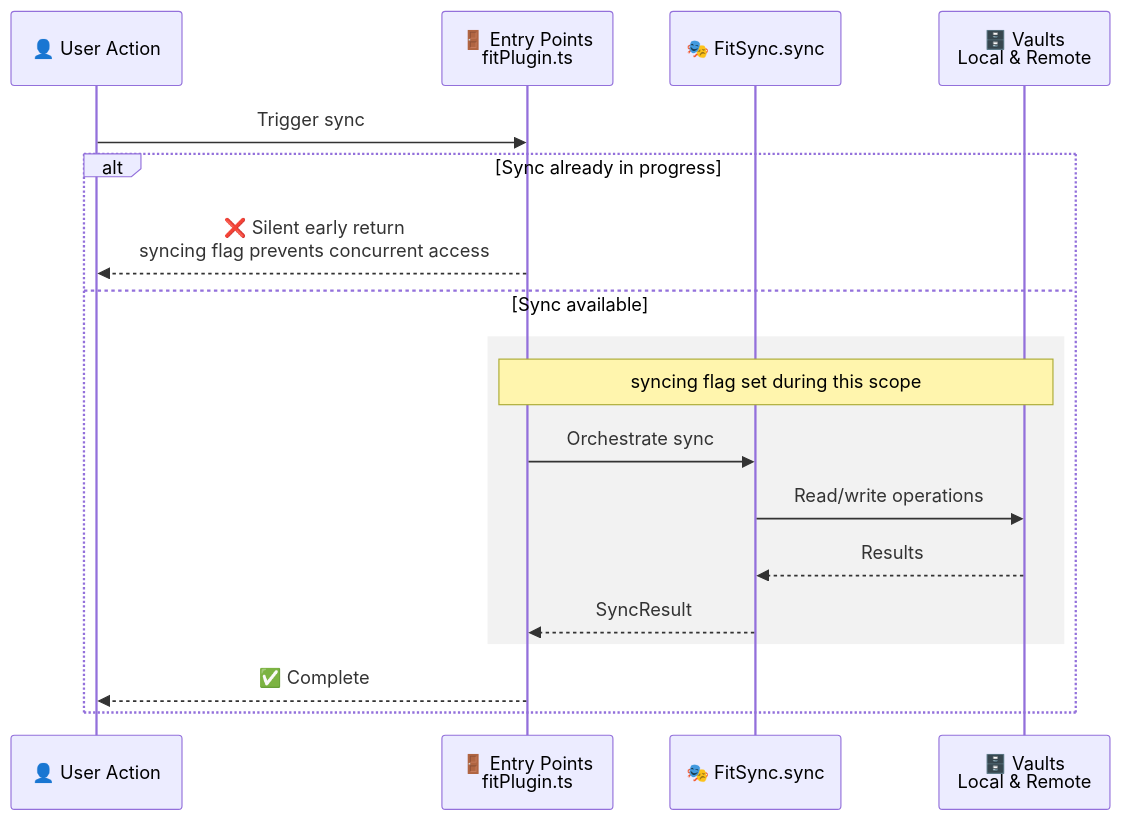
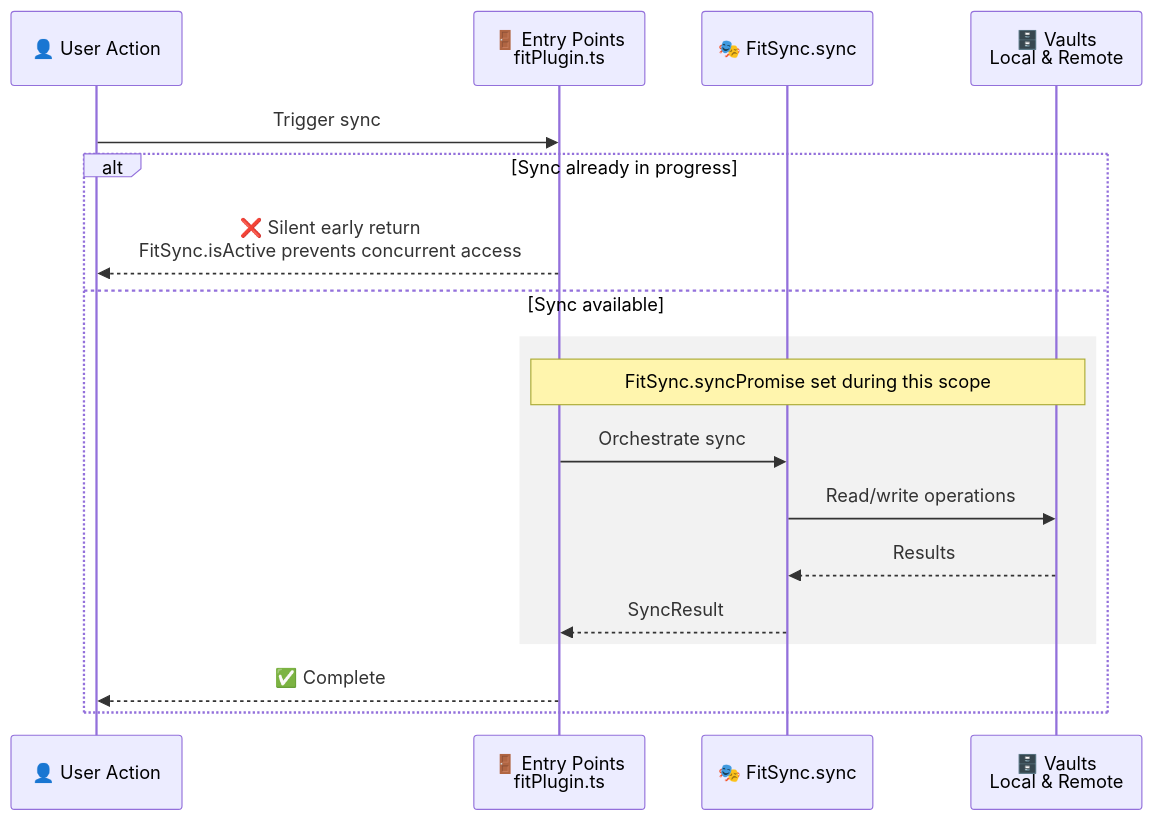
One commit to joshuakto/fit changed the seventh of 7 diagrams in docs/sync-logic.md. Above: the diagram before and after it, drawn with Mermaid. The commit also changed other lines of this file and 12 other files, not shown here.

````diff
--- a/docs/sync-logic.md
+++ b/docs/sync-logic.md
@@ -1476,22 +1128,22 @@
 ```mermaid
 sequenceDiagram
     participant User as 👤 User Action
     participant Entry as 🚪 Entry Points<br/>fitPlugin.ts
     participant Sync as 🎭 FitSync.sync
     participant Vaults as 🗄️ Vaults<br/>Local & Remote
 
     User->>Entry: Trigger sync
 
     alt Sync already in progress
-        Entry-->>User: ❌ Silent early return<br/>syncing flag prevents concurrent access
+        Entry-->>User: ❌ Silent early return<br/>FitSync.isActive prevents concurrent access
     else Sync available
         rect rgba(0, 0, 0, 0.05)
-            Note over Entry,Vaults: syncing flag set during this scope
+            Note over Entry,Vaults: FitSync.syncPromise set during this scope
             Entry->>Sync: Orchestrate sync
             Sync->>Vaults: Read/write operations
             Vaults-->>Sync: Results
             Sync-->>Entry: SyncResult
         end
         Entry-->>User: ✅ Complete
     end
 ```
````
